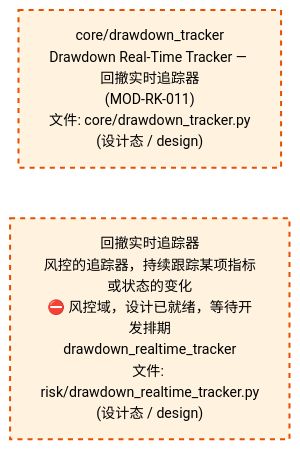
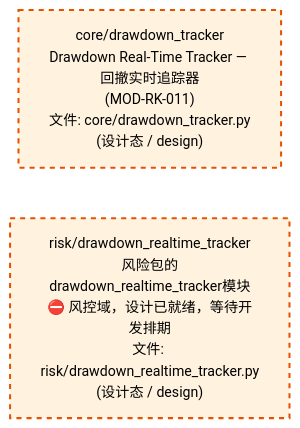
One commit to xuanFelixVan/ZephyrAlpha changed the third of 4 diagrams in docs/02_enterprise_architecture/02_domain_architecture_docs/65_d_risk.md. Above: the diagram before and after it, drawn with Mermaid. The commit also changed other lines of this file and 58 other files, not shown here.

````diff
--- a/docs/02_enterprise_architecture/02_domain_architecture_docs/65_d_risk.md
+++ b/docs/02_enterprise_architecture/02_domain_architecture_docs/65_d_risk.md
@@ -235,12 +235,12 @@
 ```mermaid
 %%{init: {'theme': 'base', 'themeVariables': {'primaryColor': '#eaeaea', 'primaryTextColor': '#333333', 'primaryBorderColor': '#666666', 'lineColor': '#666666', 'secondaryColor': '#eaeaea', 'tertiaryColor': '#eaeaea', 'fontSize': '14px'}}}%%
 flowchart TD
     src_zephyr_risk_core_drawdown_tracker_py["core/drawdown_tracker<br/>Drawdown Real-Time Tracker — 回撤实时追踪器<br/>(MOD-RK-011)<br/>文件: core/drawdown_tracker.py<br/>(设计态 / design)"]
-    src_zephyr_risk_drawdown_realtime_tracker_py["回撤实时追踪器<br/>风控的追踪器，持续跟踪某项指标或状态的变化<br/>⛔ 风控域，设计已就绪，等待开发排期<br/>drawdown_realtime_tracker<br/>文件: risk/drawdown_realtime_tracker.py<br/>(设计态 / design)"]
+    src_zephyr_risk_drawdown_realtime_tracker_py["risk/drawdown_realtime_tracker<br/>风险包的drawdown_realtime_tracker模块<br/>⛔ 风控域，设计已就绪，等待开发排期<br/>文件: risk/drawdown_realtime_tracker.py<br/>(设计态 / design)"]
     src_zephyr_risk_core_drawdown_tracker_py ~~~ src_zephyr_risk_drawdown_realtime_tracker_py
     classDef production fill:#e1f5fe,stroke:#01579b,stroke-width:2px,color:#000
     classDef design fill:#fff3e0,stroke:#e65100,stroke-width:2px,color:#000,stroke-dasharray: 5 5
     classDef external_prod fill:#e8f4fd,stroke:#0277bd,stroke-width:1px,color:#000
     classDef external_design fill:#fff8e7,stroke:#ef6c00,stroke-width:1px,color:#000,stroke-dasharray: 5 5
     class src_zephyr_risk_core_drawdown_tracker_py,src_zephyr_risk_drawdown_realtime_tracker_py design
 ```
````
